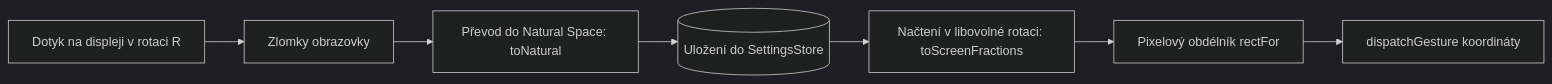
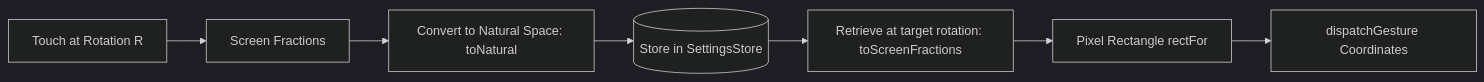
One commit to Dazix/android-caelis changed the third of 5 diagrams in APP_SUMMARY.md. Above: the diagram before and after it, drawn with Mermaid (dark theme). The commit also changed other lines of this file and 3 other files, not shown here.

````diff
--- a/APP_SUMMARY.md
+++ b/APP_SUMMARY.md
@@ -405,9 +465,9 @@
 ```mermaid
 flowchart LR
-    Touch[Dotyk na displeji v rotaci R] --> ScreenFrac[Zlomky obrazovky]
-    ScreenFrac --> ToNat[Převod do Natural Space: toNatural]
-    ToNat --> Store[(Uložení do SettingsStore)]
-    Store --> FromNat[Načtení v libovolné rotaci: toScreenFractions]
-    FromNat --> RectFor[Pixelový obdélník rectFor]
-    RectFor --> Dispatch[dispatchGesture koordináty]
+    Touch[Touch at Rotation R] --> ScreenFrac[Screen Fractions]
+    ScreenFrac --> ToNat[Convert to Natural Space: toNatural]
+    ToNat --> Store[(Store in SettingsStore)]
+    Store --> FromNat[Retrieve at target rotation: toScreenFractions]
+    FromNat --> RectFor[Pixel Rectangle rectFor]
+    RectFor --> Dispatch[dispatchGesture Coordinates]
 ```
````
